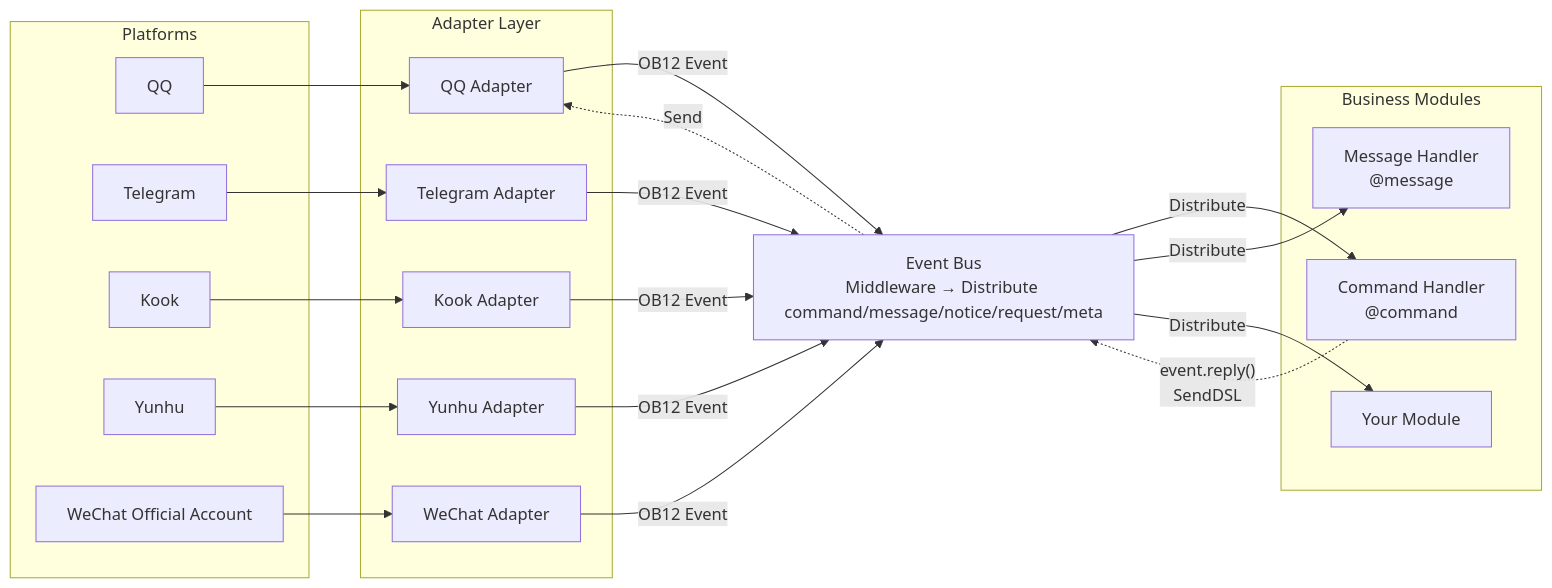
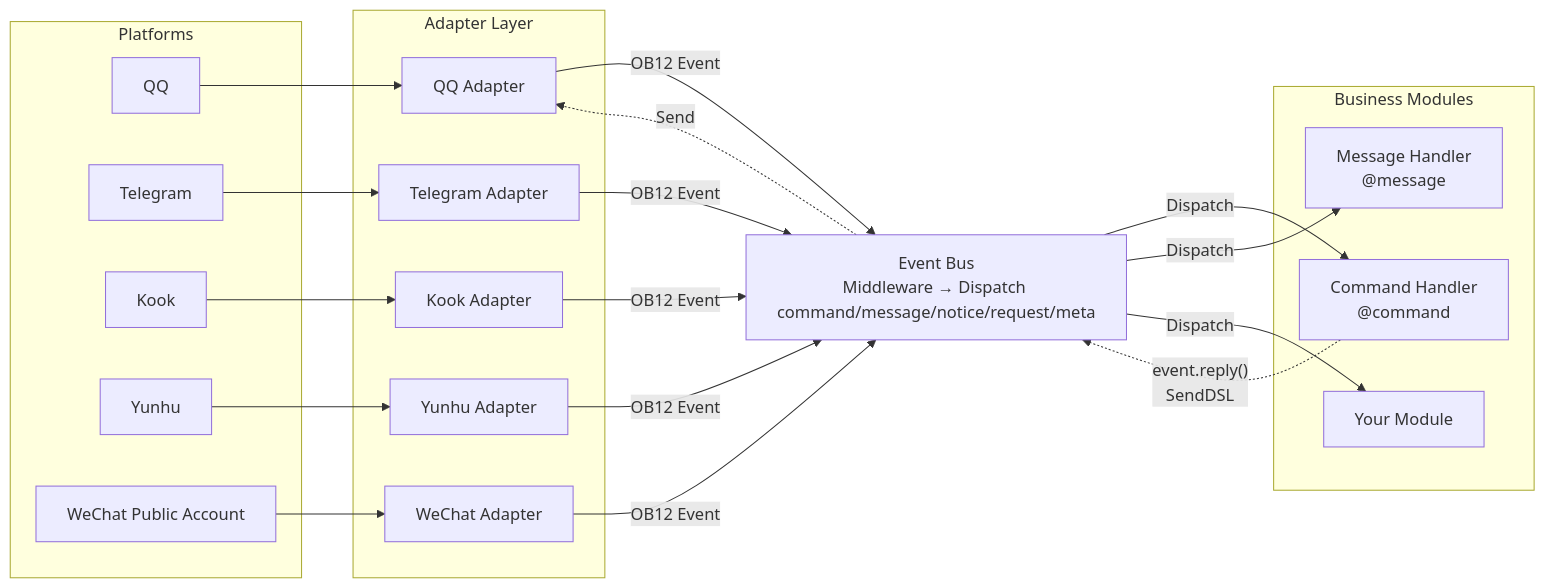
The first of 2 diagrams in README.md (ErisPulse/ErisPulse), drawn with Mermaid before and after one commit. The commit also changed other lines of this file and 31 other files, not shown here.

````diff
--- a/README.md
+++ b/README.md
@@ -112,45 +112,45 @@
 ```mermaid
 graph LR
     subgraph Platforms[Platforms]
         QQ["QQ"]
         TG["Telegram"]
         Kook["Kook"]
         YH["Yunhu"]
-        WX["WeChat Official Account"]
+        WX["WeChat Public Account"]
     end
 
     subgraph Adapters[Adapter Layer]
         A1["QQ Adapter"]
         A2["Telegram Adapter"]
         A3["Kook Adapter"]
         A4["Yunhu Adapter"]
         A5["WeChat Adapter"]
     end
 
-    Event["Event Bus<br/>Middleware → Distribute command/message/notice/request/meta"]
+    Event["Event Bus<br/>Middleware → Dispatch command/message/notice/request/meta"]
 
     subgraph Modules[Business Modules]
         M1["Command Handler<br/>@command"]
         M2["Message Handler<br/>@message"]
         M3["Your Module"]
     end
 
     QQ --> A1
     TG --> A2
     Kook --> A3
     YH --> A4
     WX --> A5
 
     A1 -->|"OB12 Event"| Event
     A2 -->|"OB12 Event"| Event
     A3 -->|"OB12 Event"| Event
     A4 -->|"OB12 Event"| Event
     A5 -->|"OB12 Event"| Event
 
-    Event -->|"Distribute"| M1
-    Event -->|"Distribute"| M2
-    Event -->|"Distribute"| M3
+    Event -->|"Dispatch"| M1
+    Event -->|"Dispatch"| M2
+    Event -->|"Dispatch"| M3
 
     M1 -.->|"event.reply()<br/>SendDSL"| Event
     Event -.->|"Send"| A1
 ```
````
